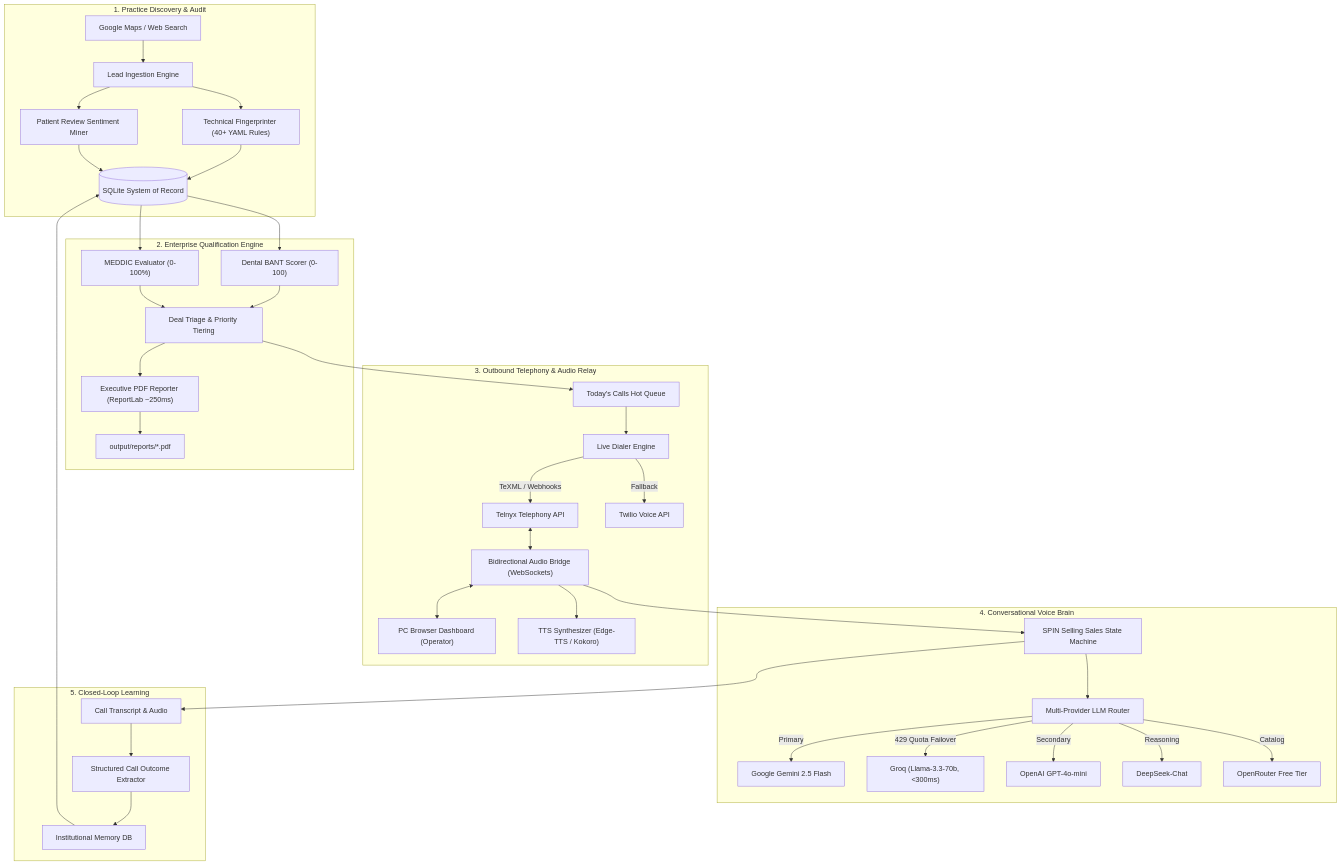
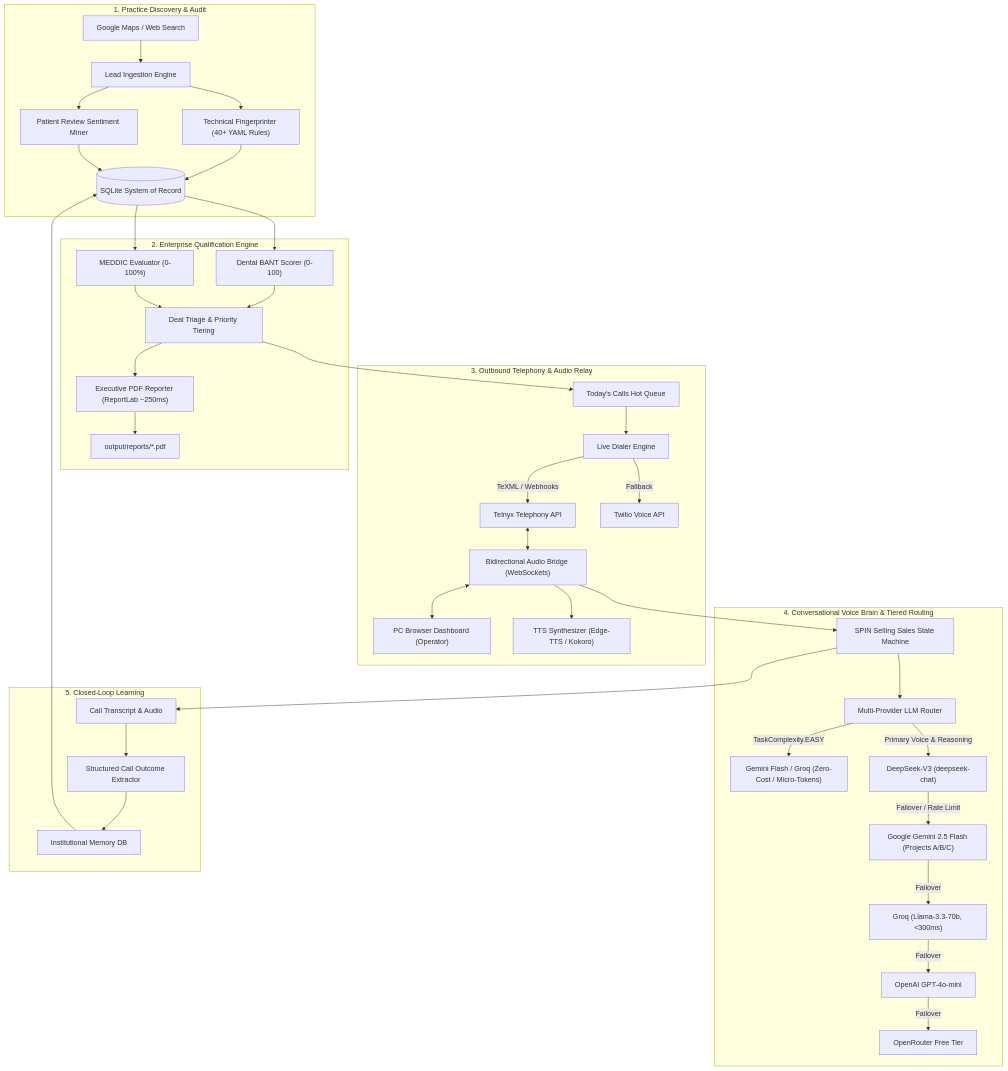
The diagram in docs/ARCHITECTURE.md (souvikbanerjee165-tech/dental-lead-intelligence), drawn with Mermaid before and after one commit. The commit also changed other lines of this file and 4 other files, not shown here.

Commit message:
feat(llm): integrate DeepSeek as primary brain with intelligent cost-tiered routing

````diff
--- a/docs/ARCHITECTURE.md
+++ b/docs/ARCHITECTURE.md
@@ -18,46 +18,47 @@
 ```mermaid
 flowchart TD
     subgraph Discovery ["1. Practice Discovery & Audit"]
         GSearch["Google Maps / Web Search"] --> LeadIngest["Lead Ingestion Engine"]
         LeadIngest --> TechAuditor["Technical Fingerprinter (40+ YAML Rules)"]
         LeadIngest --> ReviewMiner["Patient Review Sentiment Miner"]
         TechAuditor --> DB[(SQLite System of Record)]
         ReviewMiner --> DB
     end
 
     subgraph Qualification ["2. Enterprise Qualification Engine"]
         DB --> BANT["Dental BANT Scorer (0-100)"]
         DB --> MEDDIC["MEDDIC Evaluator (0-100%)"]
         BANT --> Triage["Deal Triage & Priority Tiering"]
         MEDDIC --> Triage
         Triage --> PDFGen["Executive PDF Reporter (ReportLab ~250ms)"]
         PDFGen --> OutputDir["output/reports/*.pdf"]
     end
 
     subgraph Telephony ["3. Outbound Telephony & Audio Relay"]
         Triage --> HotQueue["Today's Calls Hot Queue"]
         HotQueue --> DialerEngine["Live Dialer Engine"]
         DialerEngine -->|TeXML / Webhooks| Telnyx["Telnyx Telephony API"]
         DialerEngine -->|Fallback| Twilio["Twilio Voice API"]
         Telnyx <--> AudioBridge["Bidirectional Audio Bridge (WebSockets)"]
         AudioBridge <--> Browser["PC Browser Dashboard (Operator)"]
         AudioBridge --> TTS["TTS Synthesizer (Edge-TTS / Kokoro)"]
     end
 
-    subgraph Intelligence ["4. Conversational Voice Brain"]
+    subgraph Intelligence ["4. Conversational Voice Brain & Tiered Routing"]
         AudioBridge --> StateMachine["SPIN Selling Sales State Machine"]
         StateMachine --> LLMRouter["Multi-Provider LLM Router"]
-        LLMRouter -->|Primary| Gemini["Google Gemini 2.5 Flash"]
-        LLMRouter -->|429 Quota Failover| Groq["Groq (Llama-3.3-70b, <300ms)"]
-        LLMRouter -->|Secondary| OpenAI["OpenAI GPT-4o-mini"]
-        LLMRouter -->|Reasoning| DeepSeek["DeepSeek-Chat"]
-        LLMRouter -->|Catalog| OpenRouter["OpenRouter Free Tier"]
+        LLMRouter -->|TaskComplexity.EASY| FreeTier["Gemini Flash / Groq (Zero-Cost / Micro-Tokens)"]
+        LLMRouter -->|Primary Voice & Reasoning| DeepSeek["DeepSeek-V3 (deepseek-chat)"]
+        DeepSeek -->|Failover / Rate Limit| Gemini["Google Gemini 2.5 Flash (Projects A/B/C)"]
+        Gemini -->|Failover| Groq["Groq (Llama-3.3-70b, <300ms)"]
+        Groq -->|Failover| OpenAI["OpenAI GPT-4o-mini"]
+        OpenAI -->|Failover| OpenRouter["OpenRouter Free Tier"]
     end
 
     subgraph Learning ["5. Closed-Loop Learning"]
         StateMachine --> CallTranscript["Call Transcript & Audio"]
         CallTranscript --> Extractor["Structured Call Outcome Extractor"]
         Extractor --> MemoryManager["Institutional Memory DB"]
         MemoryManager --> DB
     end
 ```
````
